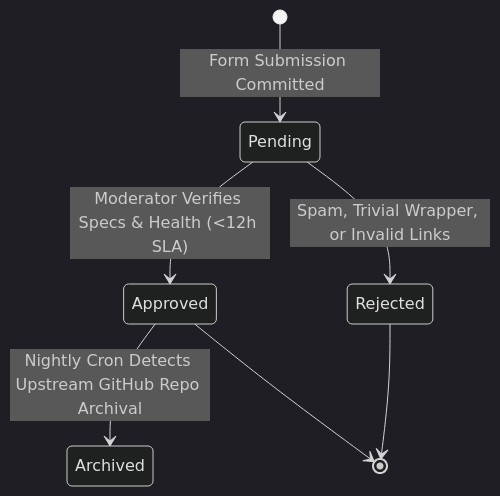
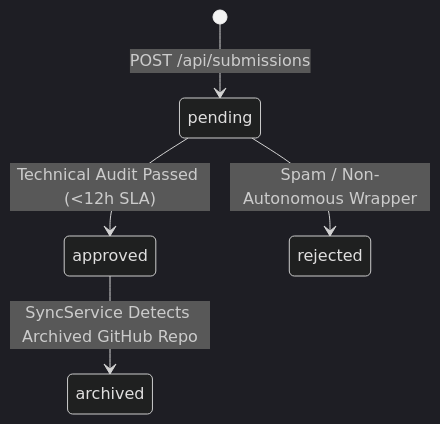
The second of 2 diagrams in docs/submissions/architecture.md (QwenteeNabavan/prompt-engineering-template), drawn with Mermaid (dark theme) before and after one commit. The commit also changed other lines of this file and 59 other files, not shown here.

Commit message:
refactor(agents): unify prompt harness, align architecture docs, and add VS Code demo guide [SCRUM-9] [SCRUM-17]

````diff
--- a/docs/submissions/architecture.md
+++ b/docs/submissions/architecture.md
@@ -35,9 +32,7 @@
 ```mermaid
 stateDiagram-v2
-  [*] --> Pending: Form Submission Committed
-  Pending --> Approved: Moderator Verifies Specs & Health (<12h SLA)
-  Pending --> Rejected: Spam, Trivial Wrapper, or Invalid Links
-  Approved --> Archived: Nightly Cron Detects Upstream GitHub Repo Archival
-  Approved --> [*]
-  Rejected --> [*]
+  [*] --> pending: POST /api/submissions
+  pending --> approved: Technical Audit Passed (<12h SLA)
+  pending --> rejected: Spam / Non-Autonomous Wrapper
+  approved --> archived: SyncService Detects Archived GitHub Repo
 ```
````
